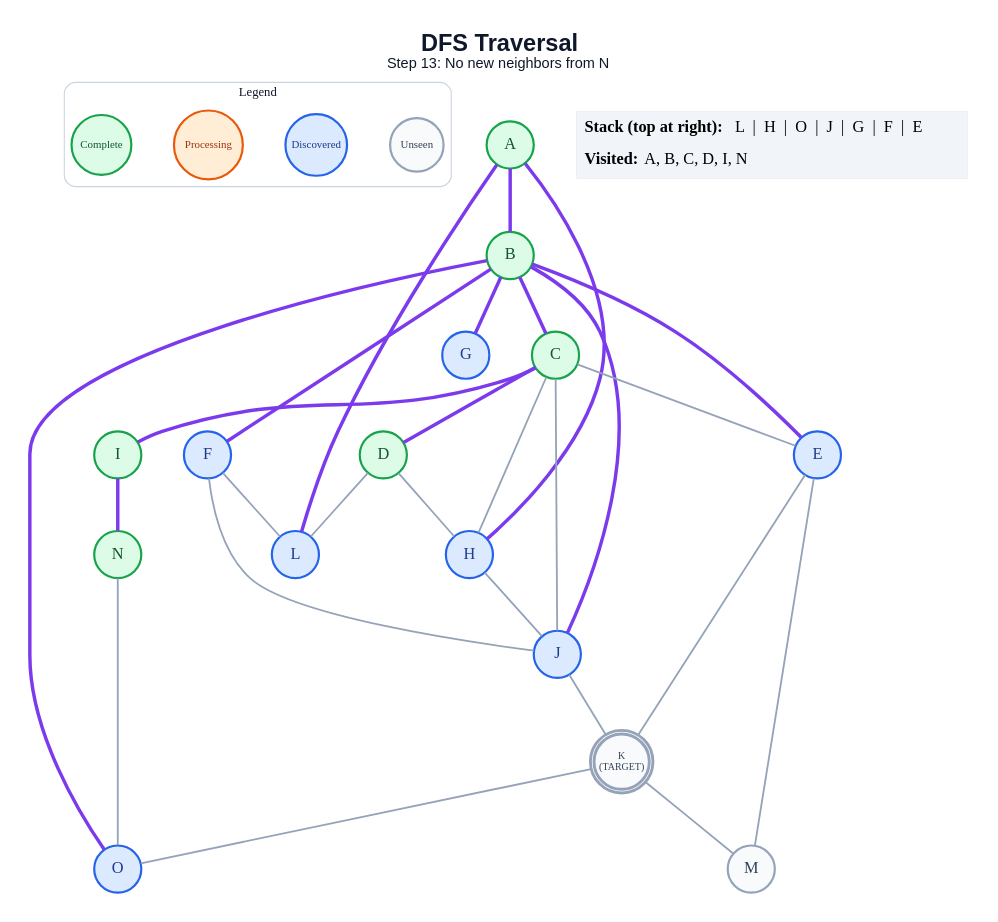
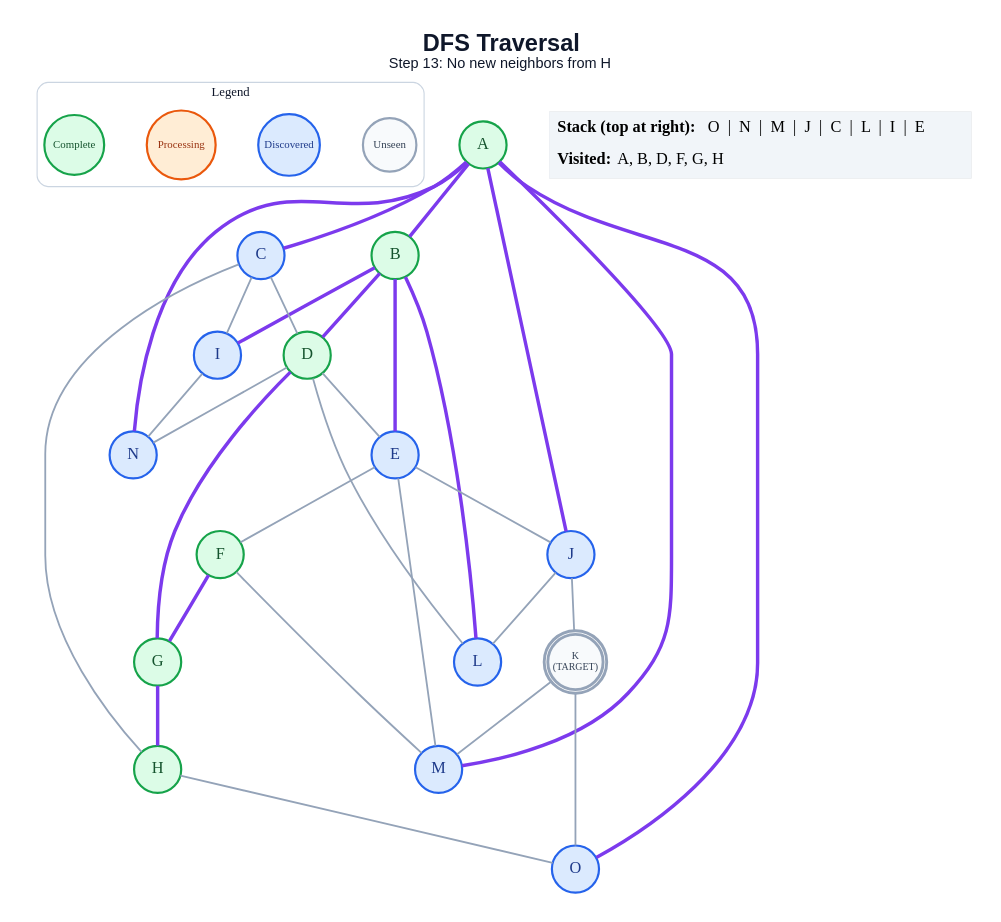
The diagram in generated/specific-node/dfs/step_13.dot (anon7238593-create/ai-slop), drawn with Graphviz before and after one commit. The commit also changed 303 other files, not shown here.

```diff
--- a/generated/specific-node/dfs/step_13.dot
+++ b/generated/specific-node/dfs/step_13.dot
@@ -1,60 +1,63 @@
 graph traversal {
   graph [layout=dot, rankdir=TB, bgcolor="#FFFFFF", pad="0.35", nodesep="0.65", ranksep="0.8", fontname="Arial"];
   node [shape=circle, style="filled", fontname="Arial Bold", fontsize=18, width=0.72, fixedsize=true, penwidth=2.4];
   edge [color="#94A3B8", penwidth=2.0];
-  label=<<B>DFS Traversal</B><BR/><FONT POINT-SIZE="16">Step 13: No new neighbors from N</FONT>>; labelloc="t"; fontsize=26; fontname="Arial"; fontcolor="#0F172A";
+  label=<<B>DFS Traversal</B><BR/><FONT POINT-SIZE="16">Step 13: No new neighbors from H</FONT>>; labelloc="t"; fontsize=26; fontname="Arial"; fontcolor="#0F172A";
   subgraph cluster_legend { label="Legend"; color="#CBD5E1"; penwidth=1.2; style="rounded"; fontsize=14; fontname="Arial Bold";
     key_unseen [label="Unseen", fillcolor="#F8FAFC", color="#94A3B8", fontcolor="#334155", fontsize=12, width=0.82];
     key_frontier [label="Discovered", fillcolor="#DBEAFE", color="#2563EB", fontcolor="#1E3A8A", fontsize=12, width=0.95];
     key_current [label="Processing", fillcolor="#FFEDD5", color="#EA580C", fontcolor="#9A3412", fontsize=12, width=1.05];
     key_done [label="Complete", fillcolor="#DCFCE7", color="#16A34A", fontcolor="#14532D", fontsize=12, width=0.92];
     { rank=same; key_unseen; key_frontier; key_current; key_done; }
   }
   A [label="A", fillcolor="#DCFCE7", color="#16A34A", fontcolor="#14532D", peripheries=1, penwidth=2.4];
   B [label="B", fillcolor="#DCFCE7", color="#16A34A", fontcolor="#14532D", peripheries=1, penwidth=2.4];
-  C [label="C", fillcolor="#DCFCE7", color="#16A34A", fontcolor="#14532D", peripheries=1, penwidth=2.4];
+  C [label="C", fillcolor="#DBEAFE", color="#2563EB", fontcolor="#1E3A8A", peripheries=1, penwidth=2.4];
   D [label="D", fillcolor="#DCFCE7", color="#16A34A", fontcolor="#14532D", peripheries=1, penwidth=2.4];
   E [label="E", fillcolor="#DBEAFE", color="#2563EB", fontcolor="#1E3A8A", peripheries=1, penwidth=2.4];
-  F [label="F", fillcolor="#DBEAFE", color="#2563EB", fontcolor="#1E3A8A", peripheries=1, penwidth=2.4];
-  G [label="G", fillcolor="#DBEAFE", color="#2563EB", fontcolor="#1E3A8A", peripheries=1, penwidth=2.4];
-  H [label="H", fillcolor="#DBEAFE", color="#2563EB", fontcolor="#1E3A8A", peripheries=1, penwidth=2.4];
-  I [label="I", fillcolor="#DCFCE7", color="#16A34A", fontcolor="#14532D", peripheries=1, penwidth=2.4];
+  F [label="F", fillcolor="#DCFCE7", color="#16A34A", fontcolor="#14532D", peripheries=1, penwidth=2.4];
+  G [label="G", fillcolor="#DCFCE7", color="#16A34A", fontcolor="#14532D", peripheries=1, penwidth=2.4];
+  H [label="H", fillcolor="#DCFCE7", color="#16A34A", fontcolor="#14532D", peripheries=1, penwidth=2.4];
+  I [label="I", fillcolor="#DBEAFE", color="#2563EB", fontcolor="#1E3A8A", peripheries=1, penwidth=2.4];
   J [label="J", fillcolor="#DBEAFE", color="#2563EB", fontcolor="#1E3A8A", peripheries=1, penwidth=2.4];
   K [label="K\n(TARGET)", fillcolor="#F8FAFC", color="#94A3B8", fontcolor="#334155", peripheries=2, penwidth=3.2, fontsize=11, width=0.85, height=0.85];
   L [label="L", fillcolor="#DBEAFE", color="#2563EB", fontcolor="#1E3A8A", peripheries=1, penwidth=2.4];
-  M [label="M", fillcolor="#F8FAFC", color="#94A3B8", fontcolor="#334155", peripheries=1, penwidth=2.4];
-  N [label="N", fillcolor="#DCFCE7", color="#16A34A", fontcolor="#14532D", peripheries=1, penwidth=2.4];
+  M [label="M", fillcolor="#DBEAFE", color="#2563EB", fontcolor="#1E3A8A", peripheries=1, penwidth=2.4];
+  N [label="N", fillcolor="#DBEAFE", color="#2563EB", fontcolor="#1E3A8A", peripheries=1, penwidth=2.4];
   O [label="O", fillcolor="#DBEAFE", color="#2563EB", fontcolor="#1E3A8A", peripheries=1, penwidth=2.4];
   A -- B [color="#7C3AED", penwidth=3.8];
-  A -- H [color="#7C3AED", penwidth=3.8];
-  A -- L [color="#7C3AED", penwidth=3.8];
-  B -- C [color="#7C3AED", penwidth=3.8];
+  A -- C [color="#7C3AED", penwidth=3.8];
+  A -- J [color="#7C3AED", penwidth=3.8];
+  A -- M [color="#7C3AED", penwidth=3.8];
+  A -- N [color="#7C3AED", penwidth=3.8];
+  A -- O [color="#7C3AED", penwidth=3.8];
+  B -- D [color="#7C3AED", penwidth=3.8];
   B -- E [color="#7C3AED", penwidth=3.8];
-  B -- F [color="#7C3AED", penwidth=3.8];
-  B -- G [color="#7C3AED", penwidth=3.8];
-  B -- J [color="#7C3AED", penwidth=3.8];
-  B -- O [color="#7C3AED", penwidth=3.8];
-  C -- D [color="#7C3AED", penwidth=3.8];
-  C -- E;
+  B -- I [color="#7C3AED", penwidth=3.8];
+  B -- L [color="#7C3AED", penwidth=3.8];
+  C -- D;
   C -- H;
-  C -- I [color="#7C3AED", penwidth=3.8];
-  C -- J;
-  D -- H;
+  C -- I;
+  D -- E;
+  D -- G [color="#7C3AED", penwidth=3.8];
   D -- L;
-  E -- K;
+  D -- N;
+  E -- F;
+  E -- J;
   E -- M;
-  F -- J;
-  F -- L;
-  H -- J;
-  I -- N [color="#7C3AED", penwidth=3.8];
+  F -- G [color="#7C3AED", penwidth=3.8];
+  F -- M;
+  G -- H [color="#7C3AED", penwidth=3.8];
+  H -- O;
+  I -- N;
   J -- K;
+  J -- L;
   K -- M;
   K -- O;
-  N -- O;
   status [shape=plain, fixedsize=false, width=0, height=0, margin=0, label=<
     <TABLE BORDER="0" CELLBORDER="0" CELLPADDING="7" BGCOLOR="#F1F5F9">
-      <TR><TD ALIGN="LEFT"><B>Stack (top at right):</B> L  |  H  |  O  |  J  |  G  |  F  |  E</TD></TR>
-      <TR><TD ALIGN="LEFT"><B>Visited:</B> A, B, C, D, I, N</TD></TR>
+      <TR><TD ALIGN="LEFT"><B>Stack (top at right):</B> O  |  N  |  M  |  J  |  C  |  L  |  I  |  E</TD></TR>
+      <TR><TD ALIGN="LEFT"><B>Visited:</B> A, B, D, F, G, H</TD></TR>
     </TABLE>
   >];
 }
```
